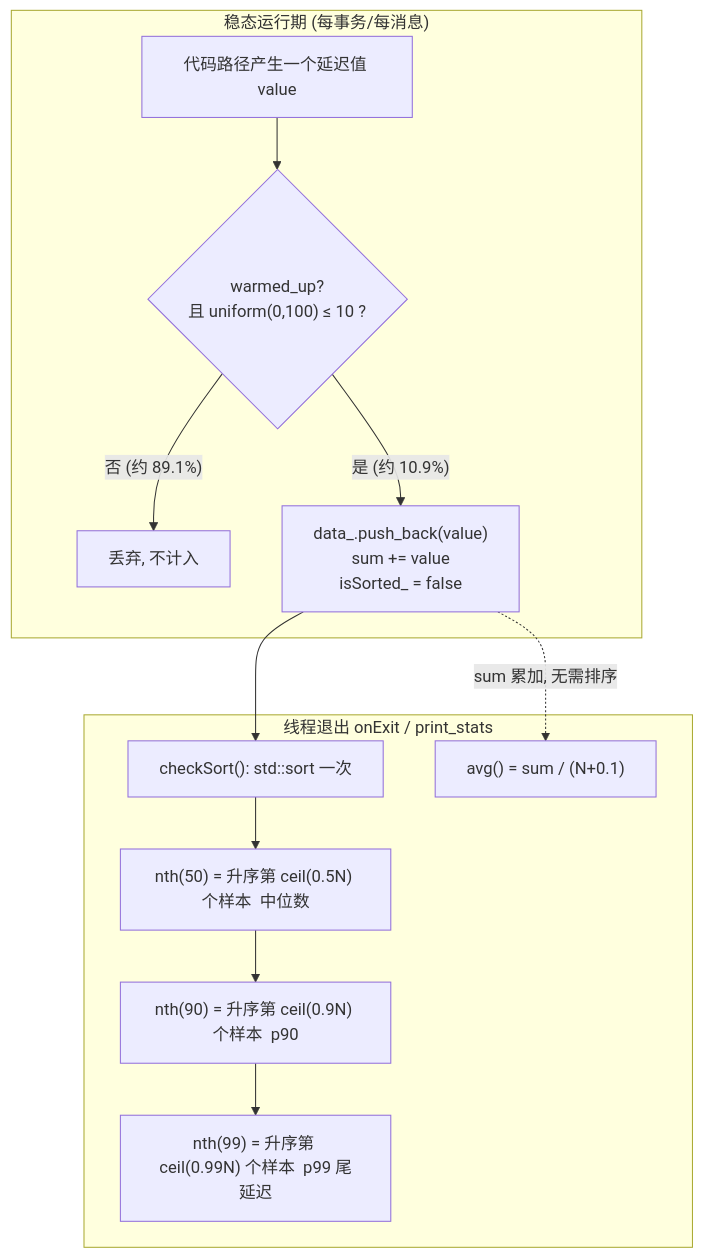
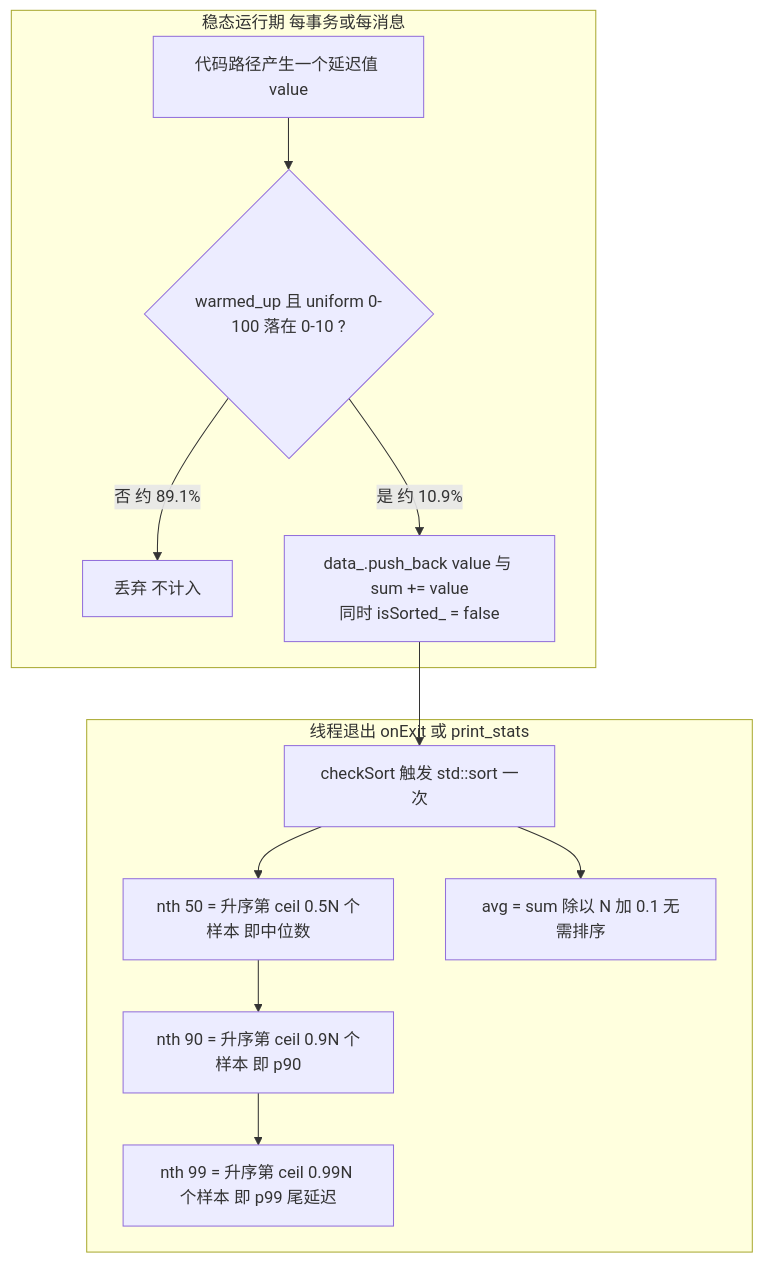
One commit to solutive-player/tigon changed the first of 11 diagrams in docs/performance_instrumentation.md. Above: the diagram before and after it, drawn with Mermaid.

Commit message:
docs: fix Mermaid layout error in Percentile lifecycle flowchart
'Could not find a suitable point for the given distance' was caused by a
labeled dotted edge crossing subgraph boundaries to a node (AV) reachable
only by that single edge. Connect avg() from S within the EXIT subgraph,
drop the cross-subgraph dotted edge, and remove parentheses from node
labels to keep the layout engine happy.

https://claude.ai/code/session_01N8GkZHC8nx3jQWysrzsneP

````diff
--- a/docs/performance_instrumentation.md
+++ b/docs/performance_instrumentation.md
@@ -190,20 +190,20 @@
 ```mermaid
 flowchart TB
-    subgraph RUN["稳态运行期 (每事务/每消息)"]
+    subgraph RUN["稳态运行期 每事务或每消息"]
         A["代码路径产生一个延迟值 value"]
-        B{"warmed_up?<br/>且 uniform(0,100) ≤ 10 ?"}
+        B{"warmed_up 且 uniform 0-100 落在 0-10 ?"}
         A --> B
-        B -->|"否 (约 89.1%)"| DROP["丢弃, 不计入"]
-        B -->|"是 (约 10.9%)"| KEEP["data_.push_back(value)<br/>sum += value<br/>isSorted_ = false"]
+        B -->|"否 约 89.1%"| DROP["丢弃 不计入"]
+        B -->|"是 约 10.9%"| KEEP["data_.push_back value 与 sum += value<br/>同时 isSorted_ = false"]
     end
-    subgraph EXIT["线程退出 onExit / print_stats"]
-        S["checkSort(): std::sort 一次"]
-        N50["nth(50) = 升序第 ceil(0.5N) 个样本  中位数"]
-        N90["nth(90) = 升序第 ceil(0.9N) 个样本  p90"]
-        N99["nth(99) = 升序第 ceil(0.99N) 个样本  p99 尾延迟"]
-        AV["avg() = sum / (N+0.1)"]
+    subgraph EXIT["线程退出 onExit 或 print_stats"]
+        S["checkSort 触发 std::sort 一次"]
+        N50["nth 50 = 升序第 ceil 0.5N 个样本 即中位数"]
+        N90["nth 90 = 升序第 ceil 0.9N 个样本 即 p90"]
+        N99["nth 99 = 升序第 ceil 0.99N 个样本 即 p99 尾延迟"]
+        AV["avg = sum 除以 N 加 0.1 无需排序"]
         S --> N50 --> N90 --> N99
+        S --> AV
     end
     KEEP --> S
-    KEEP -.->|"sum 累加, 无需排序"| AV
 ```
````
